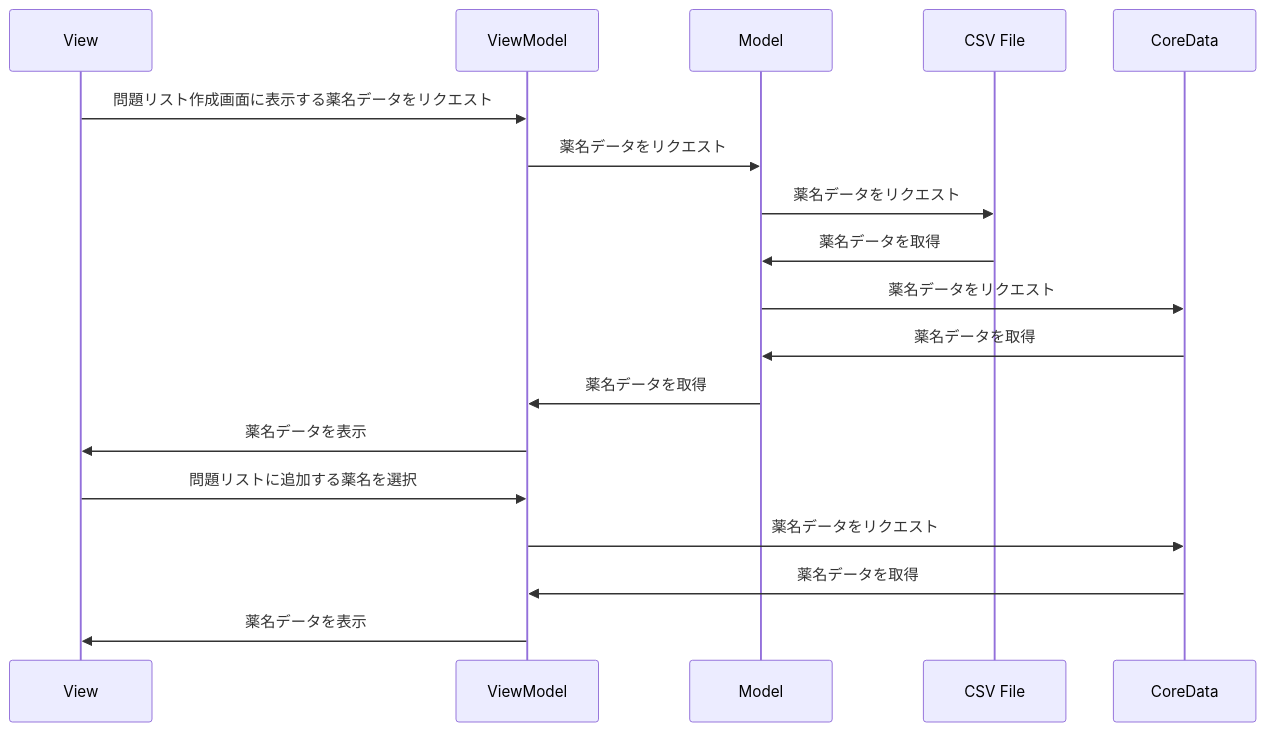
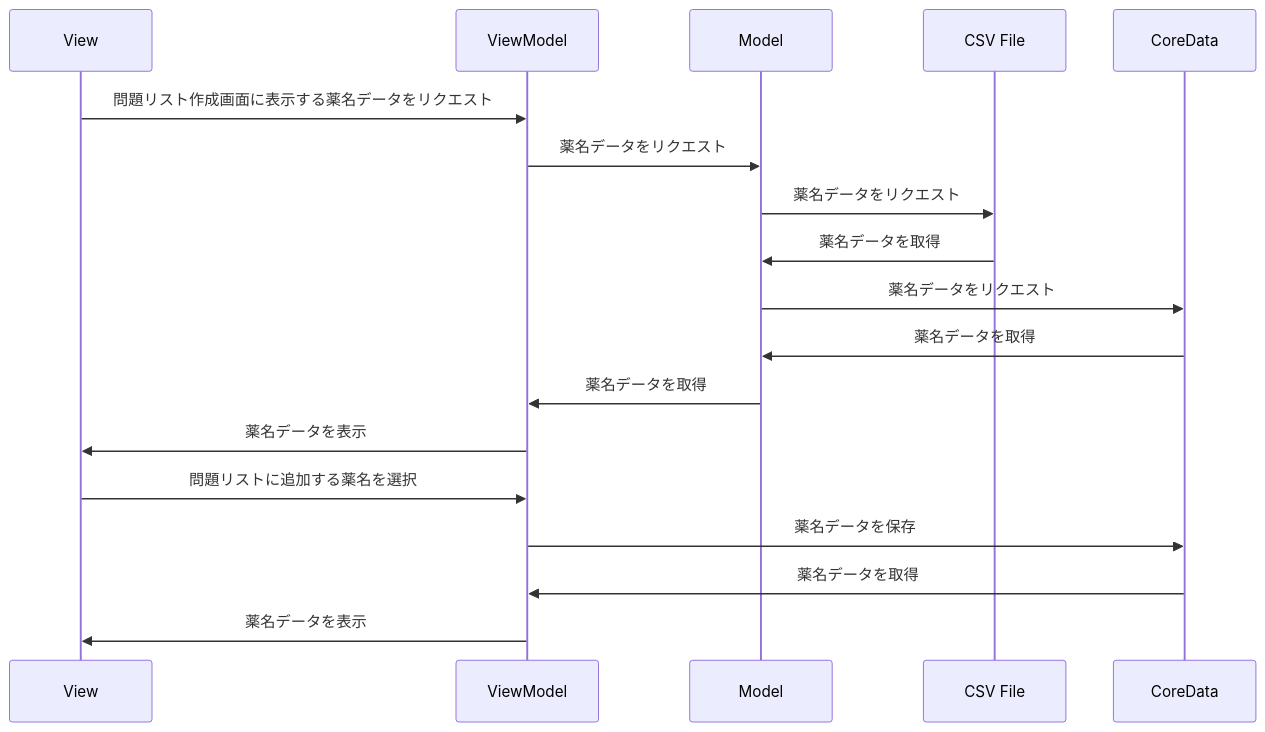
One commit to tas5521/MedicineNameQuiz changed the second of 3 diagrams in README.md. Above: the diagram before and after it, drawn with Mermaid.

Commit message:
#136 シーケンス図の間違いを修正

````diff
--- a/README.md
+++ b/README.md
@@ -155,20 +155,20 @@
 ```mermaid
 sequenceDiagram
     participant View
     participant ViewModel
     participant Model
     participant CSV File
     participant CoreData
     View->>ViewModel: 問題リスト作成画面に表示する薬名データをリクエスト
     ViewModel->>Model: 薬名データをリクエスト
     Model->>CSV File: 薬名データをリクエスト
     CSV File->>Model: 薬名データを取得
     Model->>CoreData: 薬名データをリクエスト
     CoreData->>Model: 薬名データを取得
     Model->>ViewModel: 薬名データを取得
     ViewModel->>View: 薬名データを表示
     View->>ViewModel: 問題リストに追加する薬名を選択
-    ViewModel->>CoreData: 薬名データをリクエスト
+    ViewModel->>CoreData: 薬名データを保存
     CoreData->>ViewModel: 薬名データを取得
     ViewModel->>View: 薬名データを表示
 ```
````
